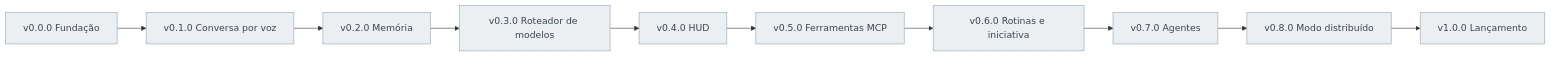
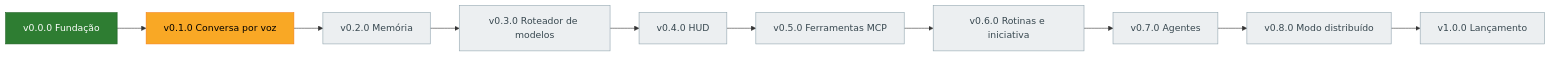
Before and after one commit to Gabitoprof/Nora: the second of 4 diagrams in docs/MAPA_MENTAL.md, drawn with Mermaid. The commit also changed other lines of this file and 22 other files, not shown here.

````diff
--- a/docs/MAPA_MENTAL.md
+++ b/docs/MAPA_MENTAL.md
@@ -96,16 +96,16 @@
 ```mermaid
 flowchart LR
-  v00["v0.0.0 Fundação"]:::pend --> v01["v0.1.0 Conversa por voz"]:::pend
+  v00["v0.0.0 Fundação"]:::done --> v01["v0.1.0 Conversa por voz"]:::doing
   v01 --> v02["v0.2.0 Memória"]:::pend
   v02 --> v03["v0.3.0 Roteador de modelos"]:::pend
   v03 --> v04["v0.4.0 HUD"]:::pend
   v04 --> v05["v0.5.0 Ferramentas MCP"]:::pend
   v05 --> v06["v0.6.0 Rotinas e iniciativa"]:::pend
   v06 --> v07["v0.7.0 Agentes"]:::pend
   v07 --> v08["v0.8.0 Modo distribuído"]:::pend
   v08 --> v10["v1.0.0 Lançamento"]:::pend
 
   classDef done fill:#2e7d32,stroke:#1b5e20,color:#fff
   classDef doing fill:#f9a825,stroke:#f57f17,color:#000
   classDef pend fill:#eceff1,stroke:#90a4ae,color:#37474f
 ```
````
